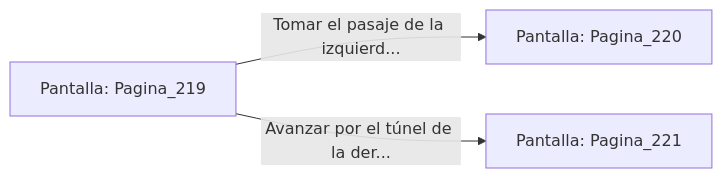
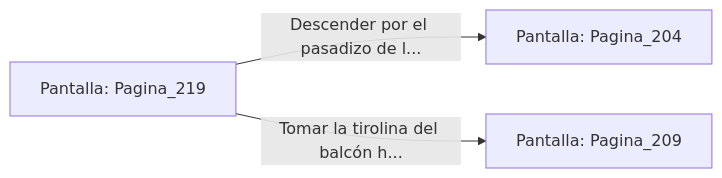
The diagram in sample/eligejuego-vault/Pantalla_Pagina_219.md (metsuke/mpl), drawn with Mermaid before and after one commit. The commit also changed other lines of this file and 635 other files, not shown here.

First line of the commit message:
fix: añadir Pagina_1 como pantalla inicial en capitulo_01.mpl

````diff
--- a/sample/eligejuego-vault/Pantalla_Pagina_219.md
+++ b/sample/eligejuego-vault/Pantalla_Pagina_219.md
@@ -20,6 +24,6 @@
 ```mermaid
 graph LR
     P_Pagina_219["Pantalla: Pagina_219"]
-    P_Pagina_219 -->|"Tomar el pasaje de la izquierd..."| P_Pagina_220["Pantalla: Pagina_220"]
-    P_Pagina_219 -->|"Avanzar por el túnel de la der..."| P_Pagina_221["Pantalla: Pagina_221"]
+    P_Pagina_219 -->|"Descender por el pasadizo de l..."| P_Pagina_204["Pantalla: Pagina_204"]
+    P_Pagina_219 -->|"Tomar la tirolina del balcón h..."| P_Pagina_209["Pantalla: Pagina_209"]
 ```
````
